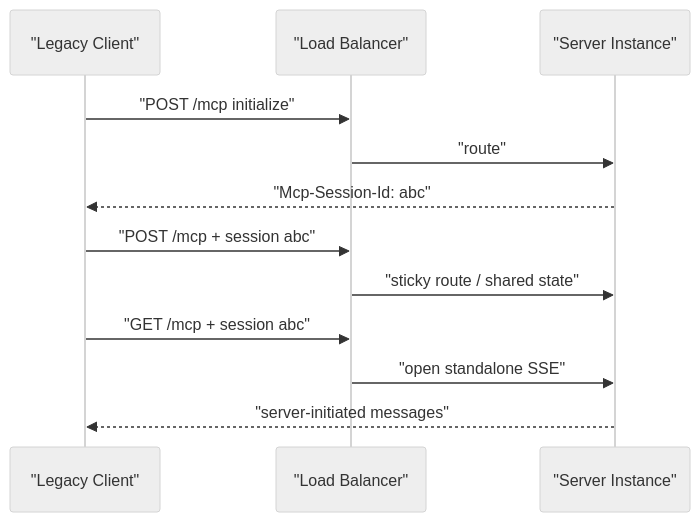
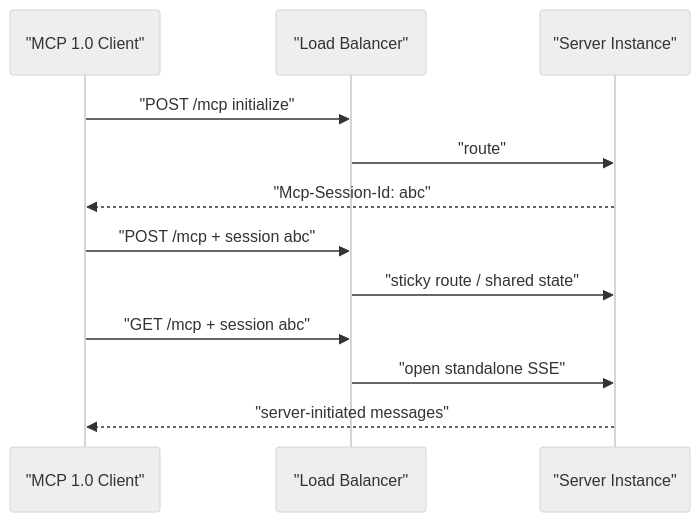
One commit to caiboyang/ML-learning changed diagram 14 of 27 in mcp-2.0/MCP_2_0_Research.md. Above: the diagram before and after it, drawn with Mermaid (neutral theme). The commit also changed other lines of this file and 2 other files, not shown here.

Commit message:
Address MCP guide audit feedback

````diff
--- a/mcp-2.0/MCP_2_0_Research.md
+++ b/mcp-2.0/MCP_2_0_Research.md
@@ -1205,14 +1311,14 @@
 ```mermaid
 sequenceDiagram
-    participant C as "Legacy Client"
+    participant C as "MCP 1.0 Client"
     participant LB as "Load Balancer"
     participant S as "Server Instance"
     C->>LB: "POST /mcp initialize"
     LB->>S: "route"
     S-->>C: "Mcp-Session-Id: abc"
     C->>LB: "POST /mcp + session abc"
     LB->>S: "sticky route / shared state"
     C->>LB: "GET /mcp + session abc"
     LB->>S: "open standalone SSE"
     S-->>C: "server-initiated messages"
 ```
````
